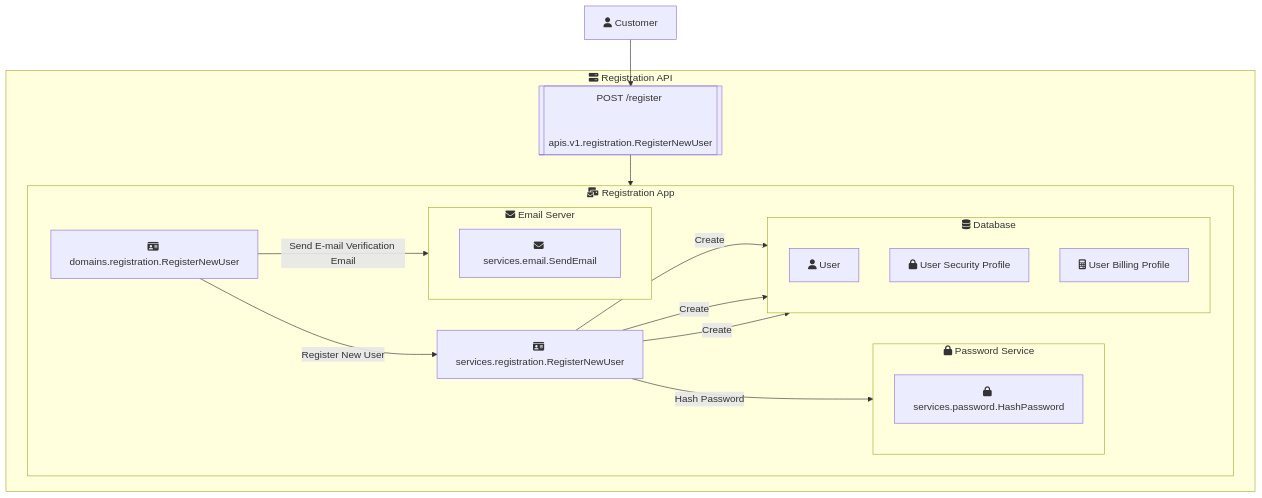
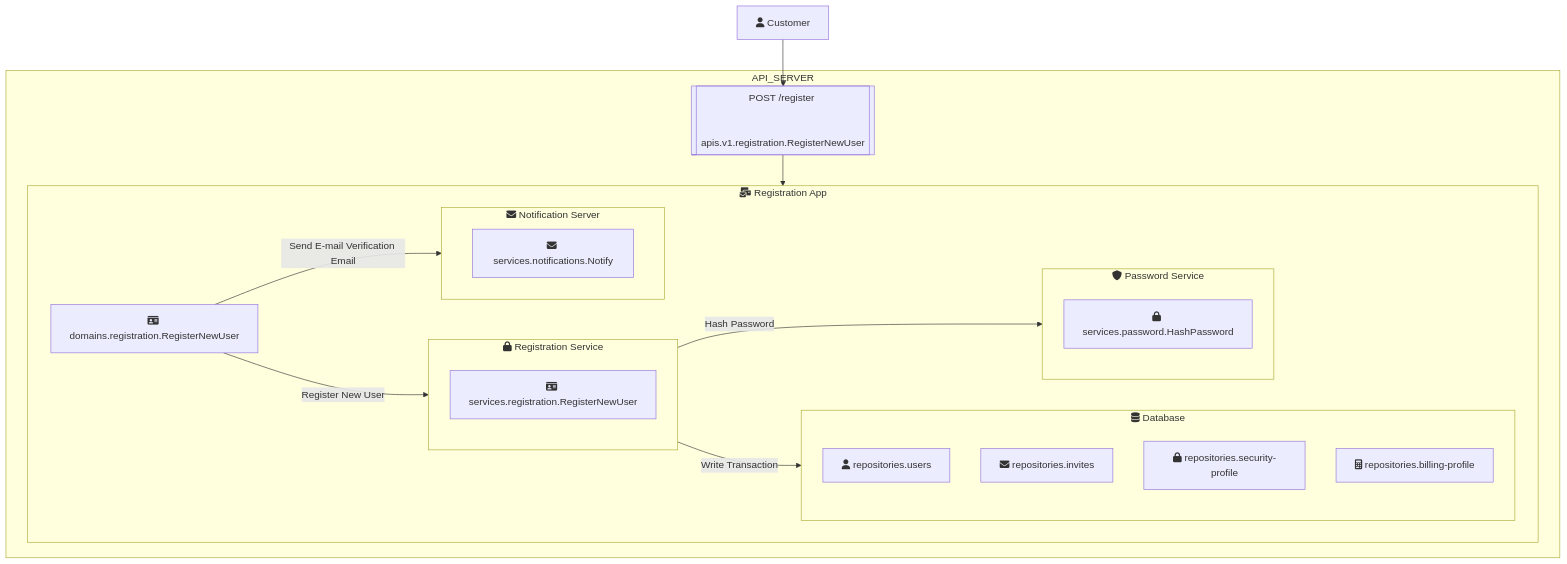
The diagram in internal/apis/registration-api/v1/registration/doc.mermaid (iamnande/hyrule), drawn with Mermaid before and after one commit. The commit also changed 16 other files, not shown here.

Commit message:
feat(invites): initial accept invite flow

```diff
--- a/internal/apis/registration-api/v1/registration/doc.mermaid
+++ b/internal/apis/registration-api/v1/registration/doc.mermaid
@@ -1,30 +1,32 @@
 flowchart TD
     CUSTOMER[fa:fa-user Customer] --> API_REGISTER[[POST /register \n\n apis.v1.registration.RegisterNewUser]]
 
-    subgraph API_SERVER[fa:fa-server Registration API]
+    subgraph API_SERVER
         API_REGISTER --> REGISTRATION_APP
     end
 
     subgraph REGISTRATION_APP[fa:fa-mail-bulk Registration App]
-        DOM_REGISTRATION[fa:fa-id-card domains.registration.RegisterNewUser]
-        DOM_REGISTRATION -->|Register New User| SVC_REGISTRATION[fa:fa-id-card services.registration.RegisterNewUser]
-        SVC_REGISTRATION -->|Create| DATABASE
-        SVC_REGISTRATION -->|Create| DATABASE
-        SVC_REGISTRATION -->|Create| DATABASE
-        SVC_REGISTRATION -->|Hash Password| PASSWORD_SERVICE
-        DOM_REGISTRATION -->|Send E-mail Verification Email| EMAIL_SERVER
+        DOM_REGISTRATION[fa:fa-id-card domains.registration.RegisterNewUser] -->|Register New User| REGISTRATION_SERVICE
+        DOM_REGISTRATION -->|Send E-mail Verification Email| NOTIFICATION_SERVICE
+        REGISTRATION_SERVICE -->|Hash Password| PASSWORD_SERVICE
+        REGISTRATION_SERVICE -->|Write Transaction| DATABASE
     end
 
     subgraph DATABASE[fa:fa-database Database]
-        REPO_USER[fa:fa-user User]
-        REPO_USER_SECURITY_PROFILE[fa:fa-lock User Security Profile]
-        REPO_USER_BILLING_PROFILE[fa:fa-calculator User Billing Profile]
+        REPO_USER[fa:fa-user repositories.users]
+        REPO_INVITE[fa:fa-envelope repositories.invites]
+        REPO_SECURITY_PROFILE[fa:fa-lock repositories.security-profile]
+        REPO_BILLING_PROFILE[fa:fa-calculator repositories.billing-profile]
     end
 
-    subgraph PASSWORD_SERVICE[fa:fa-lock Password Service]
+    subgraph REGISTRATION_SERVICE[fa:fa-lock Registration Service]
+        SVC_REGISTRATION[fa:fa-id-card services.registration.RegisterNewUser]
+    end
+
+    subgraph PASSWORD_SERVICE[fa:fa-shield Password Service]
         SVC_PASSWORD[fa:fa-lock services.password.HashPassword]
     end
 
-    subgraph EMAIL_SERVER[fa:fa-envelope Email Server]
-        SVC_EMAIL[fa:fa-envelope services.email.SendEmail]
+    subgraph NOTIFICATION_SERVICE[fa:fa-envelope Notification Server]
+        SVC_NOTIFY[fa:fa-envelope services.notifications.Notify]
     end
```
